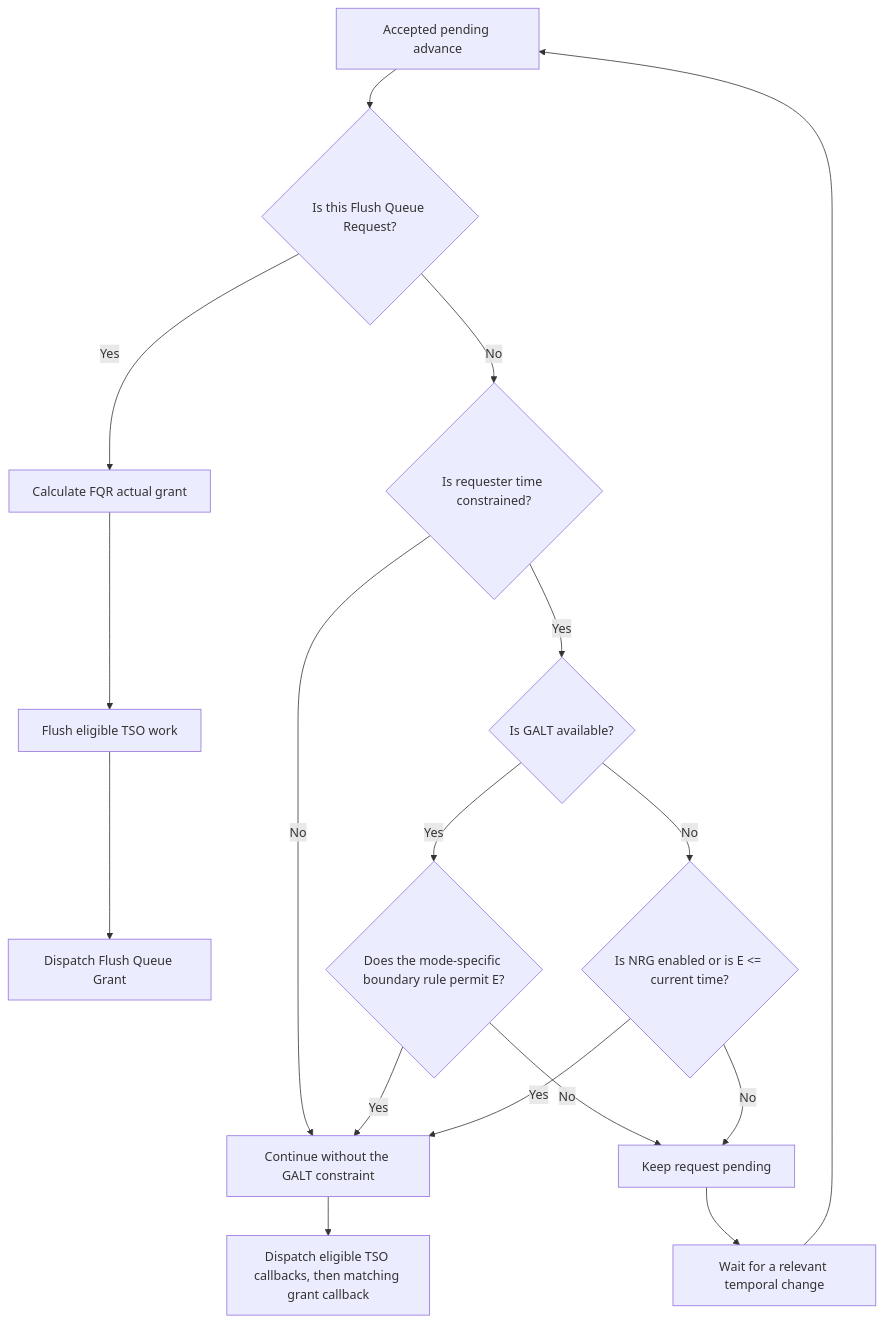
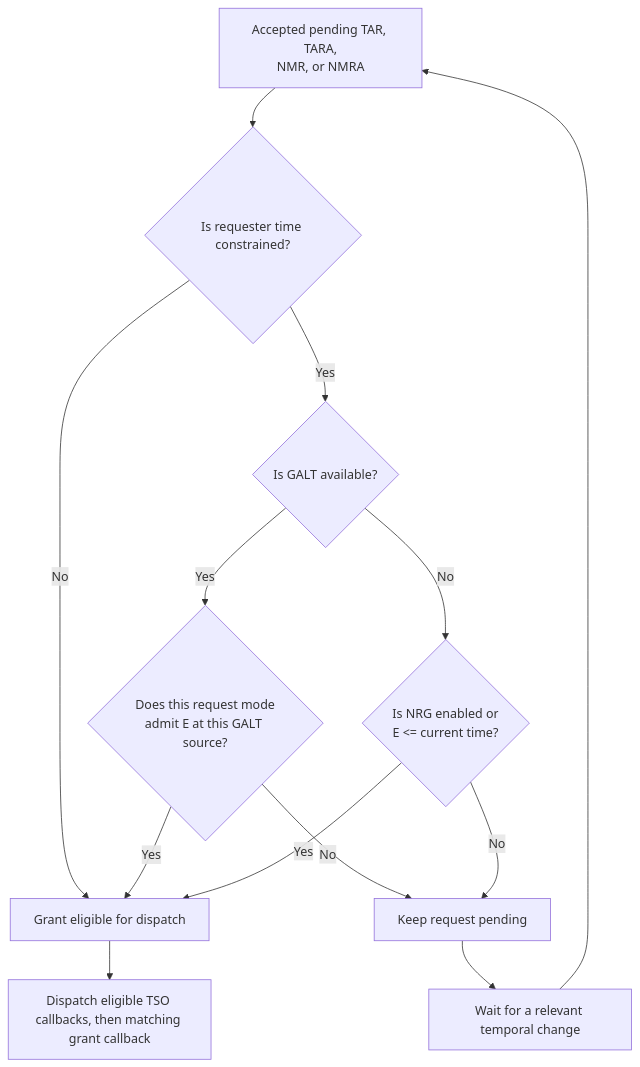
One commit to sheepfling/umbra changed the seventh of 30 diagrams in docs/design/HLA-2025-TIME-MANAGEMENT-GUIDE.md. Above: the diagram before and after it, drawn with Mermaid. The commit also changed other lines of this file and 39 other files, not shown here.

Commit message:
Document IEEE 1516.1-2025 behavior flows

````diff
--- a/docs/design/HLA-2025-TIME-MANAGEMENT-GUIDE.md
+++ b/docs/design/HLA-2025-TIME-MANAGEMENT-GUIDE.md
@@ -319,19 +482,15 @@
 ```mermaid
 flowchart TD
-  A["Accepted pending advance"] --> B{"Is this Flush Queue Request?"}
-  B -- "Yes" --> F["Calculate FQR actual grant"]
-  F --> F1["Flush eligible TSO work"]
-  F1 --> F2["Dispatch Flush Queue Grant"]
-  B -- "No" --> C{"Is requester time constrained?"}
-  C -- "No" --> G["Continue without the GALT constraint"]
-  C -- "Yes" --> D{"Is GALT available?"}
-  D -- "Yes" --> E{"Does the mode-specific boundary rule permit E?"}
-  E -- "Yes" --> G
-  E -- "No" --> W["Keep request pending"]
-  D -- "No" --> H{"Is NRG enabled or is E <= current time?"}
+  A["Accepted pending TAR, TARA,<br/>NMR, or NMRA"] --> B{"Is requester time constrained?"}
+  B -- "No" --> G["Grant eligible for dispatch"]
+  B -- "Yes" --> C{"Is GALT available?"}
+  C -- "Yes" --> D{"Does this request mode<br/>admit E at this GALT source?"}
+  D -- "Yes" --> G
+  D -- "No" --> W["Keep request pending"]
+  C -- "No" --> H{"Is NRG enabled or<br/>E <= current time?"}
   H -- "Yes" --> G
   H -- "No" --> W
   G --> K["Dispatch eligible TSO callbacks, then matching grant callback"]
   W --> L["Wait for a relevant temporal change"]
   L --> A
 ```
````
